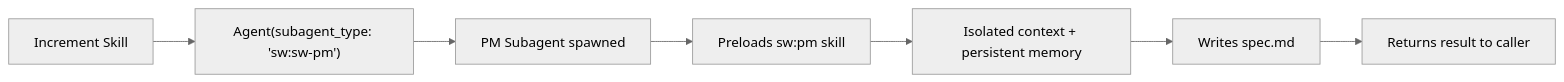
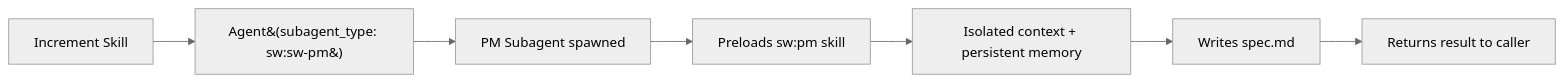
One commit to anton-abyzov/specweave changed the second of 2 diagrams in docs-site/docs/glossary/terms/skills-vs-agents.md. Above: the diagram before and after it, drawn with Mermaid (neutral theme). The commit also changed other lines of this file and 23 other files, not shown here.

Commit message:
fix: repair 24 broken Mermaid diagrams — quote special chars, fix state/sequence syntax

````diff
--- a/docs-site/docs/glossary/terms/skills-vs-agents.md
+++ b/docs-site/docs/glossary/terms/skills-vs-agents.md
@@ -83,9 +83,9 @@
 ```mermaid
 graph LR
-    A[Increment Skill] --> B["Agent(subagent_type: 'sw:sw-pm')"]
+    A[Increment Skill] --> B["Agent&#40;subagent_type: sw:sw-pm&#41;"]
     B --> C[PM Subagent spawned]
-    C --> D[Preloads sw:pm skill]
+    C --> D["Preloads sw:pm skill"]
     D --> E[Isolated context + persistent memory]
     E --> F[Writes spec.md]
     F --> G[Returns result to caller]
 ```
````
